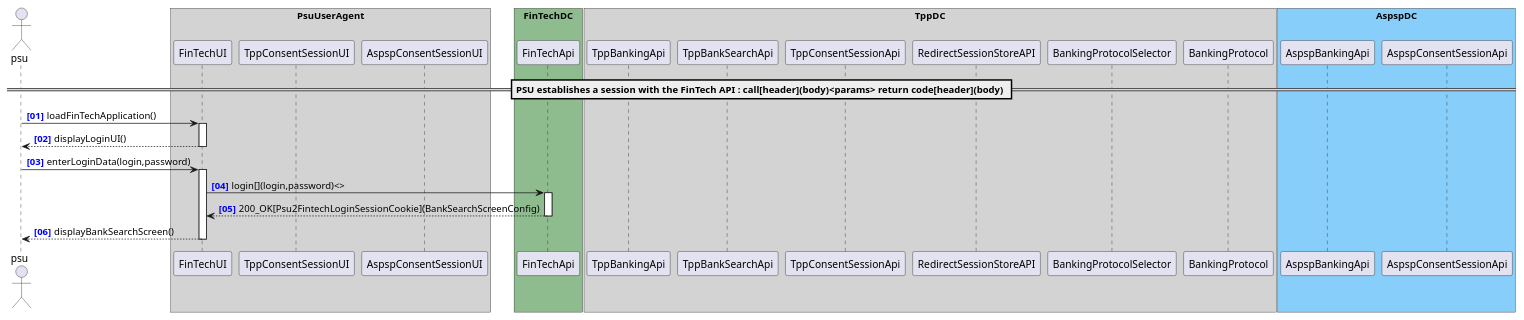
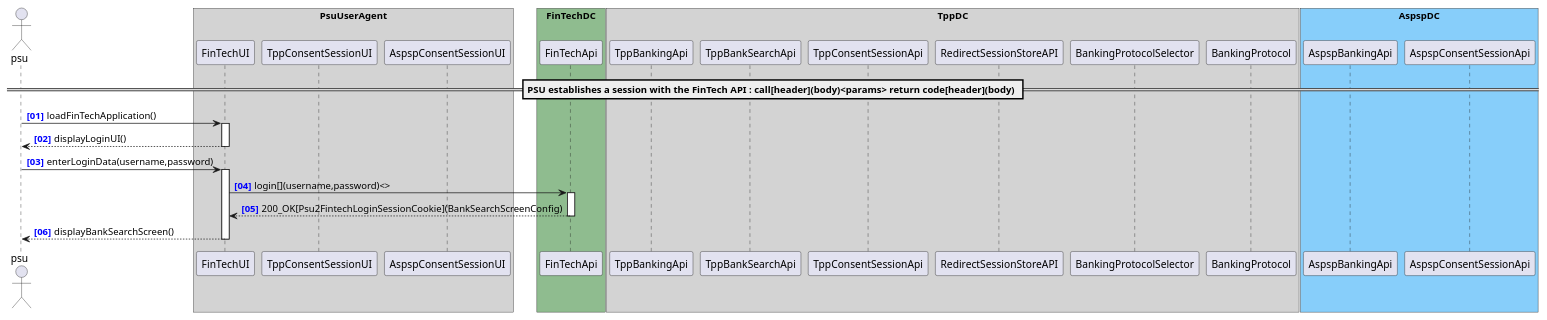
Before and after one commit to adorsys/open-banking-gateway: the diagram in docs/architecture/diagrams/useCases/1-loginWithFinTech.puml, drawn with PlantUML.

Commit message:
changed paramter login to username

```diff
--- a/docs/architecture/diagrams/useCases/1-loginWithFinTech.puml
+++ b/docs/architecture/diagrams/useCases/1-loginWithFinTech.puml
@@ -1,35 +1,35 @@
 @startuml
 
 autonumber "<b><color blue>[00]"
 actor psu
 
 box "PsuUserAgent" #LightGray
     participant "FinTechUI" as FinTechUI
     participant "TppConsentSessionUI" as TppConsentSessionUI
     participant "AspspConsentSessionUI" as AspspConsentSessionUI
 end box
 box "FinTechDC" #DarkSeaGreen
     participant "FinTechApi" as FinTechApi
 end box
 box "TppDC" #LightGray
     participant "TppBankingApi" as TppBankingApi
     participant "TppBankSearchApi" as TppBankSearchApi
     participant "TppConsentSessionApi" as TppConsentSessionApi
 
     participant "RedirectSessionStoreAPI" as RedirectSessionStoreAPI
     participant "BankingProtocolSelector" as BankingProtocolSelector
     participant "BankingProtocol" as BankingProtocol
 end box
 box "AspspDC" #LightSkyBlue
 	participant "AspspBankingApi" as AspspBankingApi
     participant "AspspConsentSessionApi" as AspspConsentSessionApi
 end box
 
 == PSU establishes a session with the FinTech API : call[header](body)<params> return code[header](body) ==
 psu -> FinTechUI ++ : loadFinTechApplication()
 return displayLoginUI()
-psu -> FinTechUI ++ : enterLoginData(login,password)
-FinTechUI -> FinTechApi ++ : login[](login,password)<>
+psu -> FinTechUI ++ : enterLoginData(username,password)
+FinTechUI -> FinTechApi ++ : login[](username,password)<>
 return 200_OK[Psu2FintechLoginSessionCookie](BankSearchScreenConfig)
 return displayBankSearchScreen()
 @enduml
```
